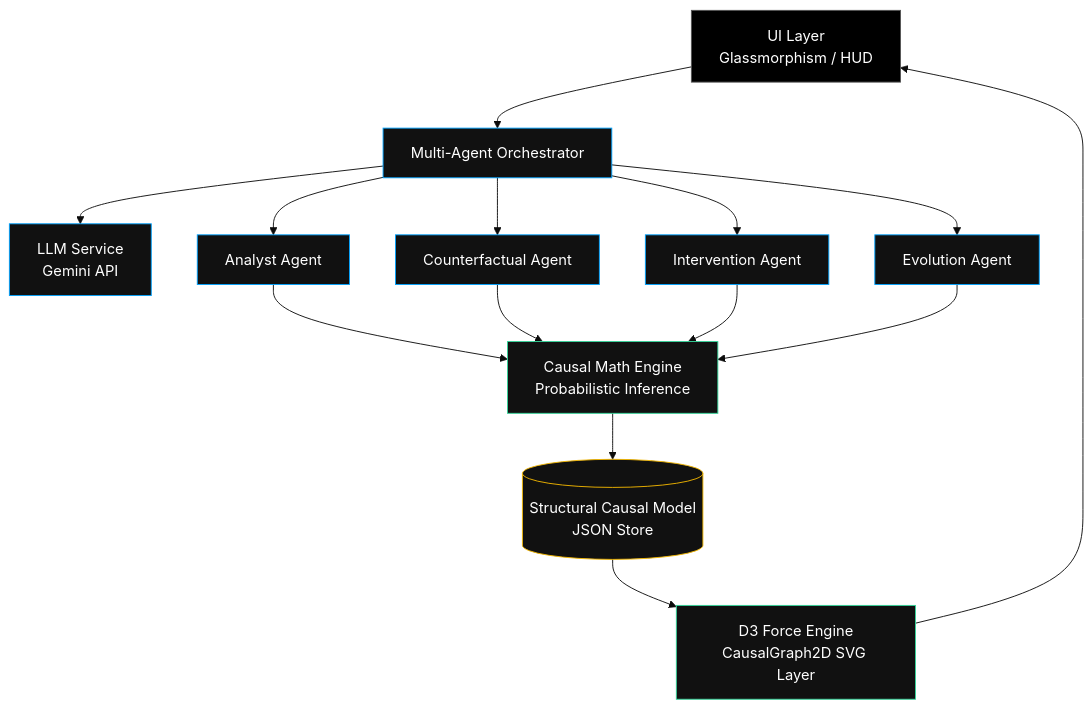
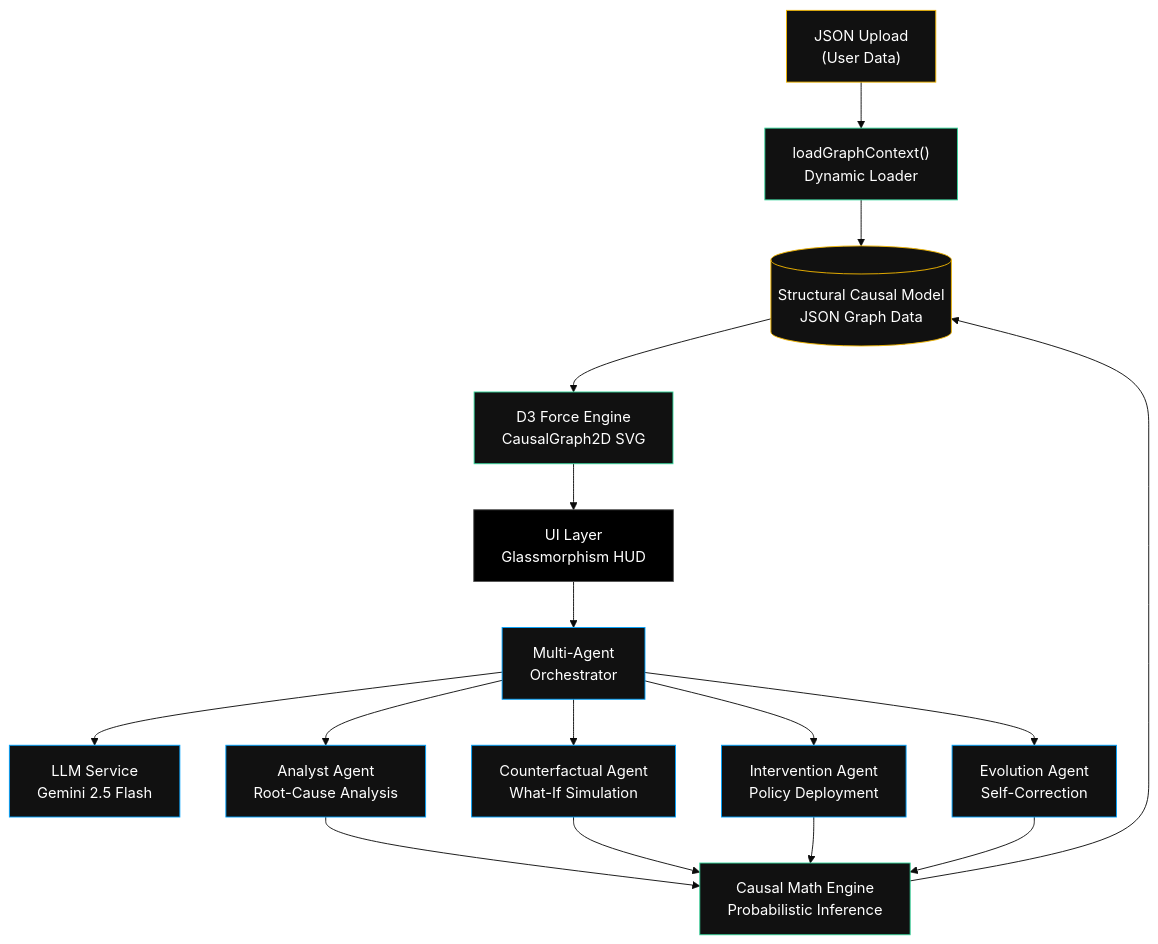
One commit to omshukla24/Laplace changed the diagram in README.md. Above: the diagram before and after it, drawn with Mermaid (base theme). The commit also changed other lines of this file and 9 other files, not shown here.

Commit message:
feat: implement dynamic SCM graph ingestion

````diff
--- a/README.md
+++ b/README.md
@@ -19,26 +31,29 @@
 ```mermaid
 graph TD
-    classDef ui fill:#000,stroke:#555,stroke-width:1px,color:#fff;
-    classDef agent fill:#111,stroke:#00A3FF,stroke-width:1px,color:#fff;
-    classDef engine fill:#111,stroke:#34D59A,stroke-width:1px,color:#fff;
-    classDef data fill:#111,stroke:#F2B600,stroke-width:1px,color:#fff;
+    classDef ui fill:#000,stroke:#555,stroke-width:1px,color:#fff
+    classDef agent fill:#111,stroke:#00A3FF,stroke-width:1px,color:#fff
+    classDef engine fill:#111,stroke:#34D59A,stroke-width:1px,color:#fff
+    classDef data fill:#111,stroke:#F2B600,stroke-width:1px,color:#fff
 
-    UI[UI Layer<br>Glassmorphism / HUD]:::ui --> Orchestrator[Multi-Agent Orchestrator]:::agent
+    Upload["JSON Upload<br>(User Data)"]:::data --> LoadCtx["loadGraphContext()<br>Dynamic Loader"]:::engine
+
+    UI["UI Layer<br>Glassmorphism HUD"]:::ui --> Orchestrator["Multi-Agent<br>Orchestrator"]:::agent
     
-    Orchestrator --> LLM[LLM Service<br>Gemini API]:::agent
+    Orchestrator --> LLM["LLM Service<br>Gemini 2.5 Flash"]:::agent
     
-    Orchestrator --> AgentA[Analyst Agent]:::agent
-    Orchestrator --> AgentB[Counterfactual Agent]:::agent
-    Orchestrator --> AgentC[Intervention Agent]:::agent
-    Orchestrator --> AgentD[Evolution Agent]:::agent
+    Orchestrator --> AgentA["Analyst Agent<br>Root-Cause Analysis"]:::agent
+    Orchestrator --> AgentB["Counterfactual Agent<br>What-If Simulation"]:::agent
+    Orchestrator --> AgentC["Intervention Agent<br>Policy Deployment"]:::agent
+    Orchestrator --> AgentD["Evolution Agent<br>Self-Correction"]:::agent
     
-    AgentA --> CausalMath[Causal Math Engine<br>Probabilistic Inference]:::engine
+    AgentA --> CausalMath["Causal Math Engine<br>Probabilistic Inference"]:::engine
     AgentB --> CausalMath
     AgentC --> CausalMath
     AgentD --> CausalMath
     
-    CausalMath --> GraphData[(Structural Causal Model<br>JSON Store)]:::data
+    CausalMath --> GraphData[("Structural Causal Model<br>JSON Graph Data")]:::data
     
-    GraphData --> D3[D3 Force Engine<br>CausalGraph2D SVG Layer]:::engine
+    LoadCtx --> GraphData
+    GraphData --> D3["D3 Force Engine<br>CausalGraph2D SVG"]:::engine
     D3 --> UI
 ```
````
